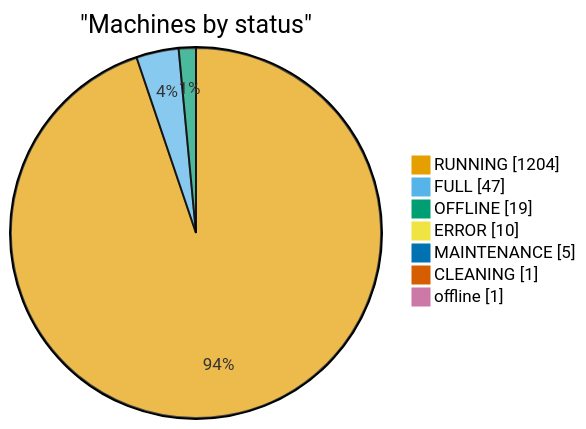
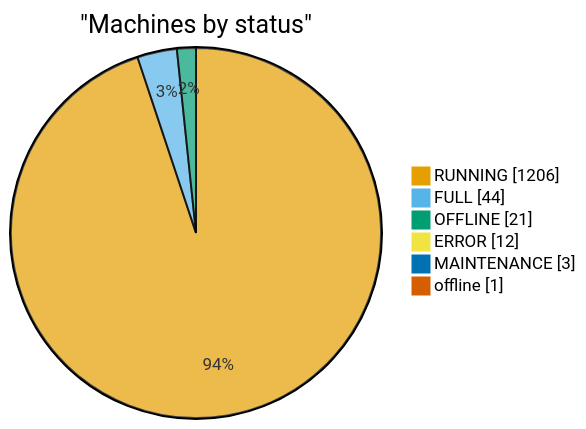
Before and after one commit to cheeaun/returnright-data: the first of 7 diagrams in ANALYSIS.md, drawn with Mermaid. The commit also changed other lines of this file and 3 other files, not shown here.

````diff
--- a/ANALYSIS.md
+++ b/ANALYSIS.md
@@ -16,23 +16,22 @@
 ```mermaid
 ---
 config:
   themeVariables:
     pie1: "#E69F00"
     pie2: "#56B4E9"
     pie3: "#009E73"
     pie4: "#F0E442"
     pie5: "#0072B2"
     pie6: "#D55E00"
     pie7: "#CC79A7"
     pie8: "#999999"
 ---
 pie showData
     title "Machines by status"
-    "RUNNING": 1204
-    "FULL": 47
-    "OFFLINE": 19
-    "ERROR": 10
-    "MAINTENANCE": 5
-    "CLEANING": 1
+    "RUNNING": 1206
+    "FULL": 44
+    "OFFLINE": 21
+    "ERROR": 12
+    "MAINTENANCE": 3
     "offline": 1
 ```
````
